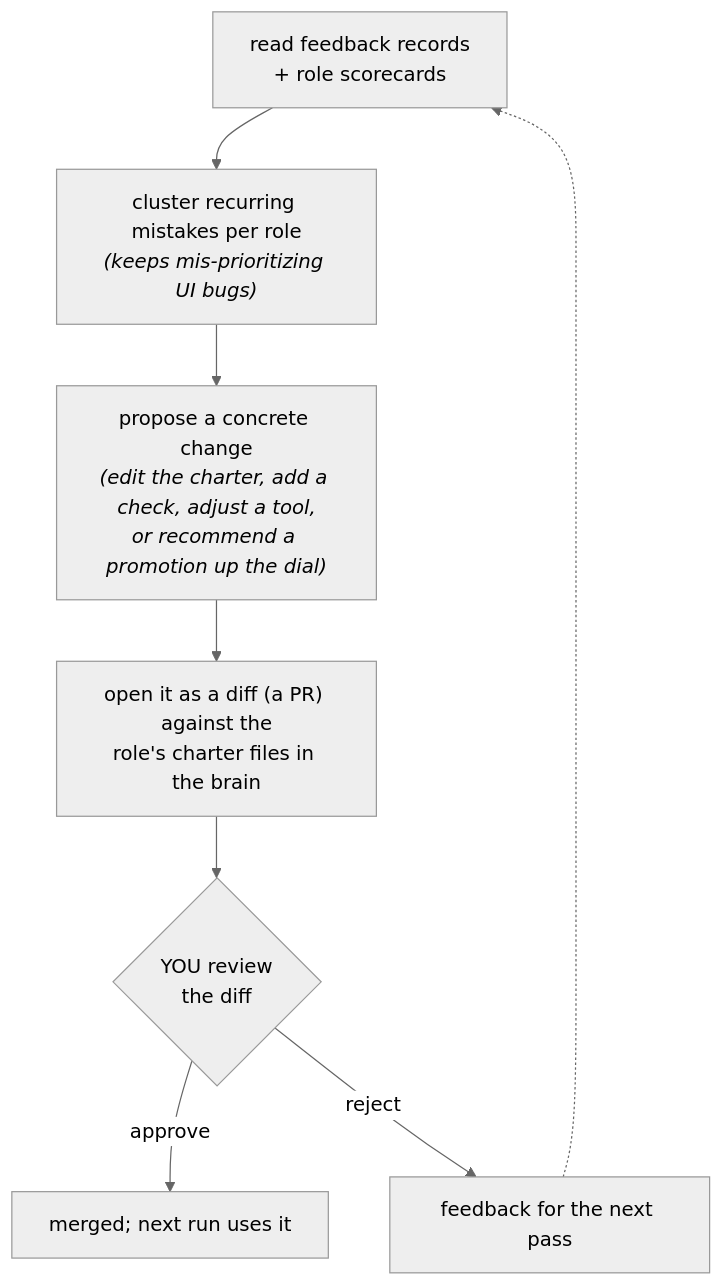
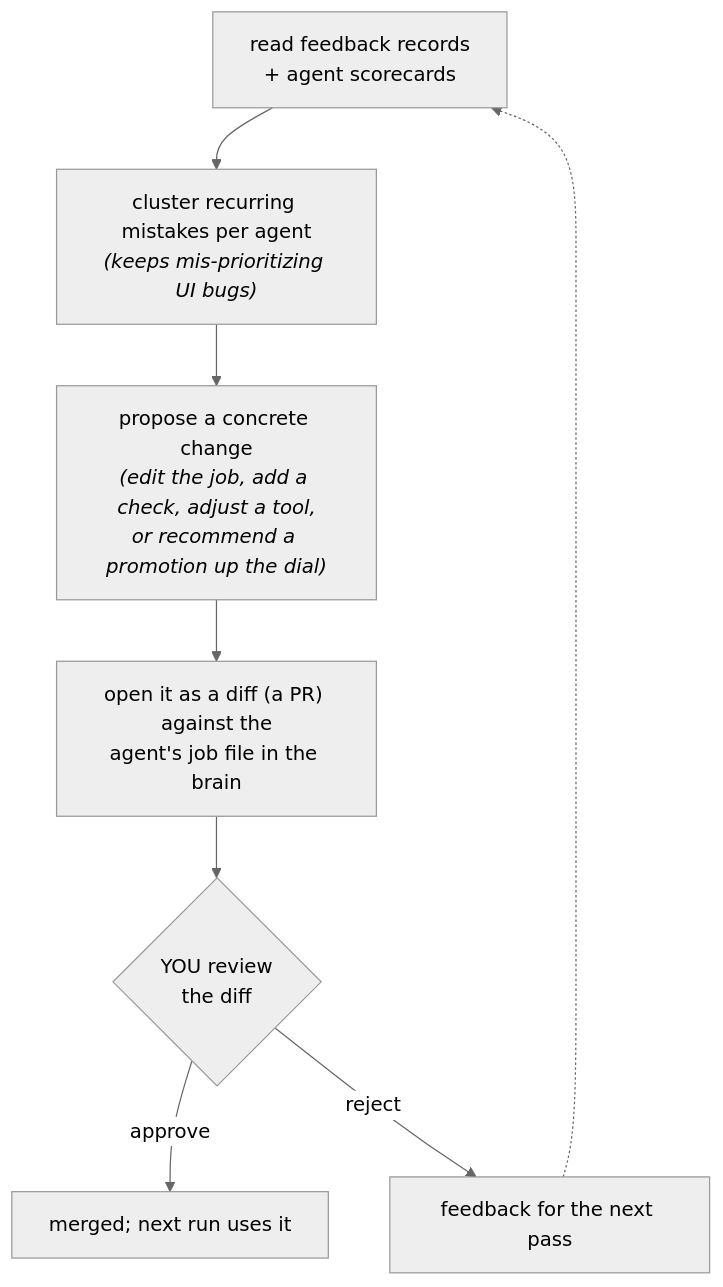
The second of 2 diagrams in AGENT_ARCHITECTURE.md (heyharmon/agent-os), drawn with Mermaid (neutral theme) before and after one commit. The commit also changed other lines of this file and 11 other files, not shown here.

First line of the commit message:
Rename roles to agents; charters to jobs; machinery area to harness/

````diff
--- a/AGENT_ARCHITECTURE.md
+++ b/AGENT_ARCHITECTURE.md
@@ -303,10 +303,10 @@
 ```mermaid
 flowchart TD
-    a["read feedback records<br/>+ role scorecards"] --> b["cluster recurring mistakes per role<br/><i>(keeps mis-prioritizing UI bugs)</i>"]
-    b --> c["propose a concrete change<br/><i>(edit the charter, add a check, adjust a tool,<br/>or recommend a promotion up the dial)</i>"]
-    c --> d["open it as a diff (a PR) against the<br/>role's charter files in the brain"]
+    a["read feedback records<br/>+ agent scorecards"] --> b["cluster recurring mistakes per agent<br/><i>(keeps mis-prioritizing UI bugs)</i>"]
+    b --> c["propose a concrete change<br/><i>(edit the job, add a check, adjust a tool,<br/>or recommend a promotion up the dial)</i>"]
+    c --> d["open it as a diff (a PR) against the<br/>agent's job file in the brain"]
     d --> e{"YOU review<br/>the diff"}
     e -- approve --> f["merged; next run uses it"]
     e -- reject --> g["feedback for the next pass"]
     g -.-> a
 ```
````
